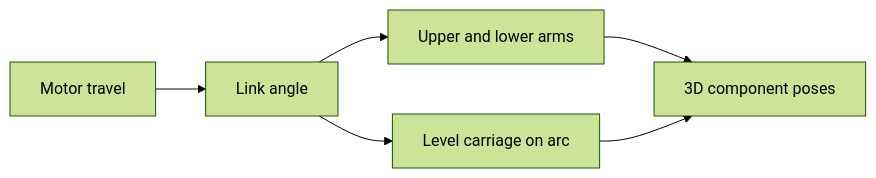
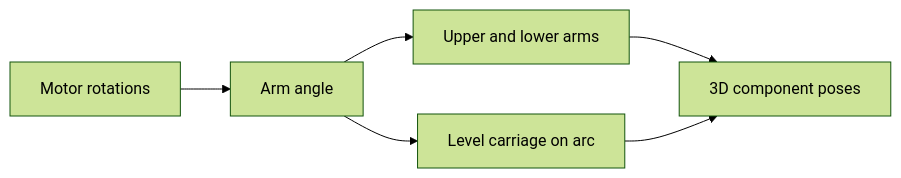
Before and after one commit to team581/offseason-2026: the diagram in advantagescope_assets/Robot_offseason/CAD_EXPORTS.md, drawn with Mermaid (forest theme). The commit also changed other lines of this file and 10 other files, not shown here.

````diff
--- a/advantagescope_assets/Robot_offseason/CAD_EXPORTS.md
+++ b/advantagescope_assets/Robot_offseason/CAD_EXPORTS.md
@@ -48,8 +48,8 @@
 ```mermaid
 flowchart LR
-    Travel[Motor travel] --> Angle[Link angle]
+    Encoder[Motor rotations] --> Angle[Arm angle]
     Angle --> Arms[Upper and lower arms]
     Angle --> Carriage[Level carriage on arc]
     Arms --> View[3D component poses]
     Carriage --> View
 ```
````
